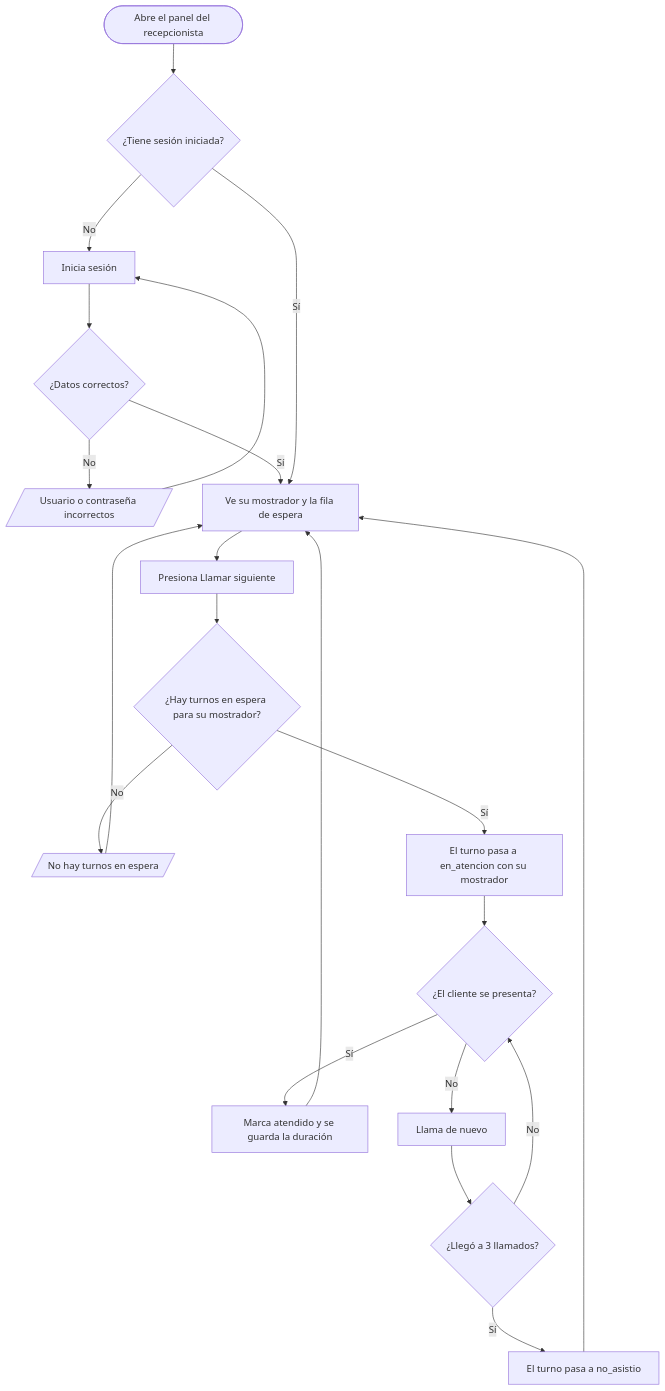
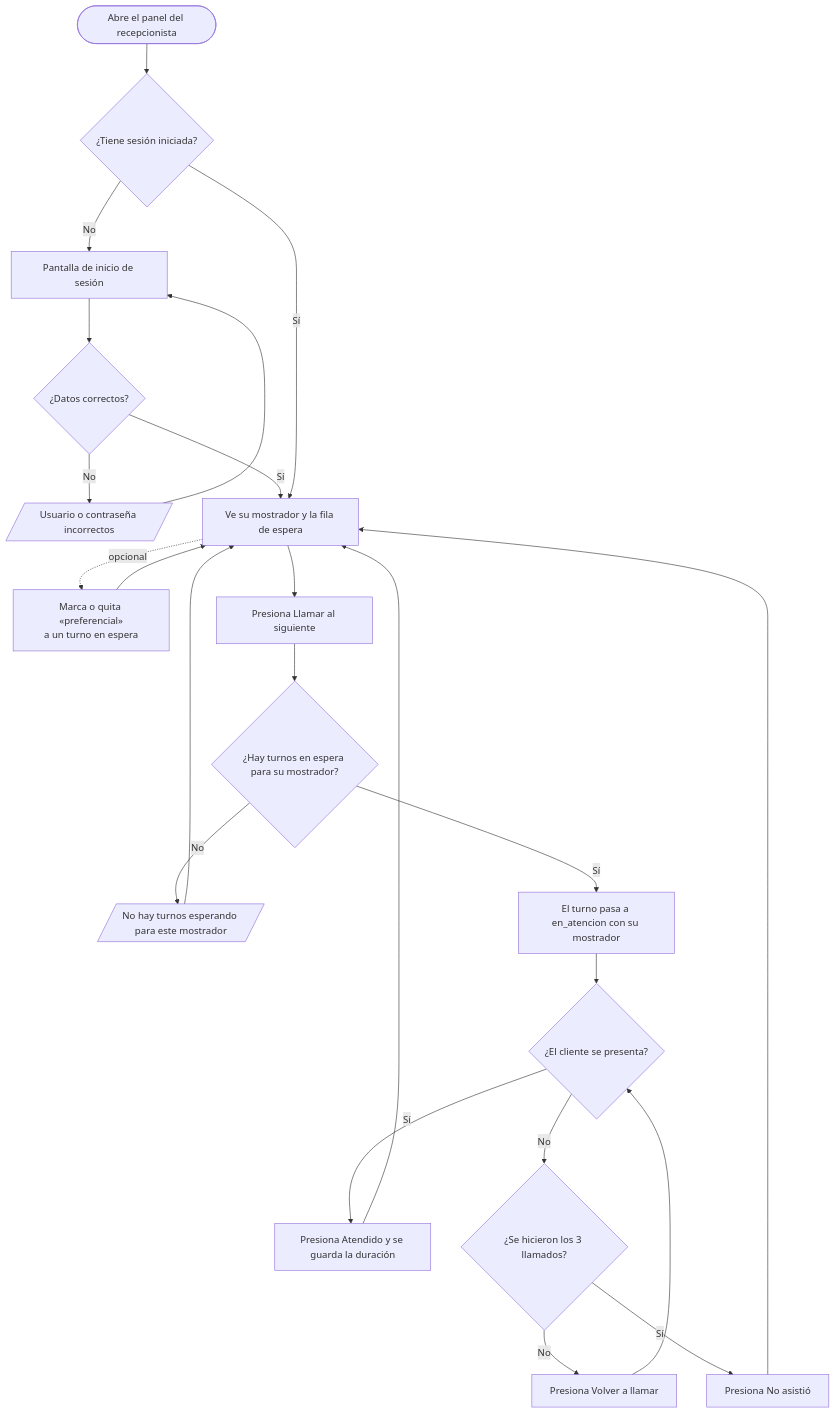
Before and after one commit to Dconduar/GestionDeTurnosProyecto: the second of 2 diagrams in docs/Ux.md, drawn with Mermaid. The commit also changed other lines of this file and 23 other files, not shown here.

````diff
--- a/docs/Ux.md
+++ b/docs/Ux.md
@@ -63,19 +66,19 @@
 ```mermaid
 flowchart TD
     A([Abre el panel del recepcionista]) --> B{¿Tiene sesión iniciada?}
-    B -- No --> C[Inicia sesión]
+    B -- No --> C[Pantalla de inicio de sesión]
     C --> D{¿Datos correctos?}
     D -- No --> D1[/Usuario o contraseña incorrectos/] --> C
     D -- Sí --> E[Ve su mostrador y la fila de espera]
     B -- Sí --> E
-    E --> F[Presiona Llamar siguiente]
+    E -. opcional .-> P[Marca o quita «preferencial»<br/>a un turno en espera] --> E
+    E --> F[Presiona Llamar al siguiente]
     F --> G{¿Hay turnos en espera para su mostrador?}
-    G -- No --> G1[/No hay turnos en espera/] --> E
+    G -- No --> G1[/No hay turnos esperando para este mostrador/] --> E
     G -- Sí --> H[El turno pasa a en_atencion con su mostrador]
     H --> I{¿El cliente se presenta?}
-    I -- Sí --> J[Marca atendido y se guarda la duración] --> E
-    I -- No --> L[Llama de nuevo]
-    L --> M{¿Llegó a 3 llamados?}
-    M -- No --> I
-    M -- Sí --> N[El turno pasa a no_asistio] --> E
+    I -- Sí --> J[Presiona Atendido y se guarda la duración] --> E
+    I -- No --> M{¿Se hicieron los 3 llamados?}
+    M -- No --> L[Presiona Volver a llamar] --> I
+    M -- Sí --> N[Presiona No asistió] --> E
 ```
````
